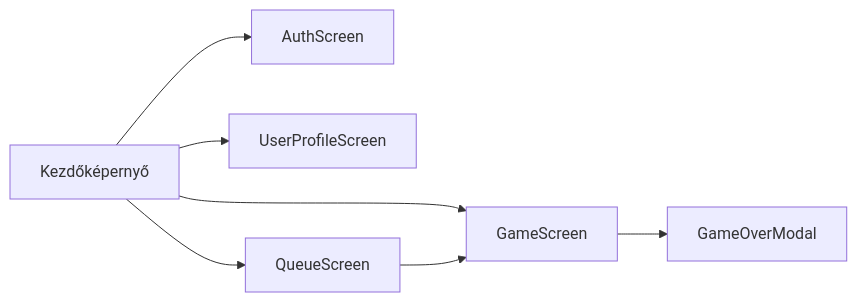
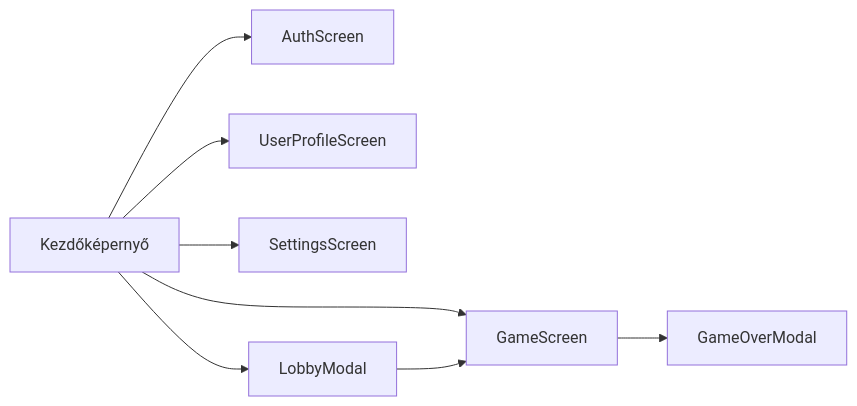
Before and after one commit to GitDevla/infinite-simon: the diagram in docs/func-spec.md, drawn with Mermaid. The commit also changed other lines of this file and 2 other files, not shown here.

````diff
--- a/docs/func-spec.md
+++ b/docs/func-spec.md
@@ -44,10 +101,11 @@
 ```mermaid
 graph LR
     A[Kezdőképernyő]
     A --> B[AuthScreen]
     A --> C[UserProfileScreen]
     A --> D[GameScreen]
-    A --> E[QueueScreen]
+    A --> G[SettingsScreen]
+    A --> E[LobbyModal]
     E --> D
     D --> F[GameOverModal]
 ```
````
